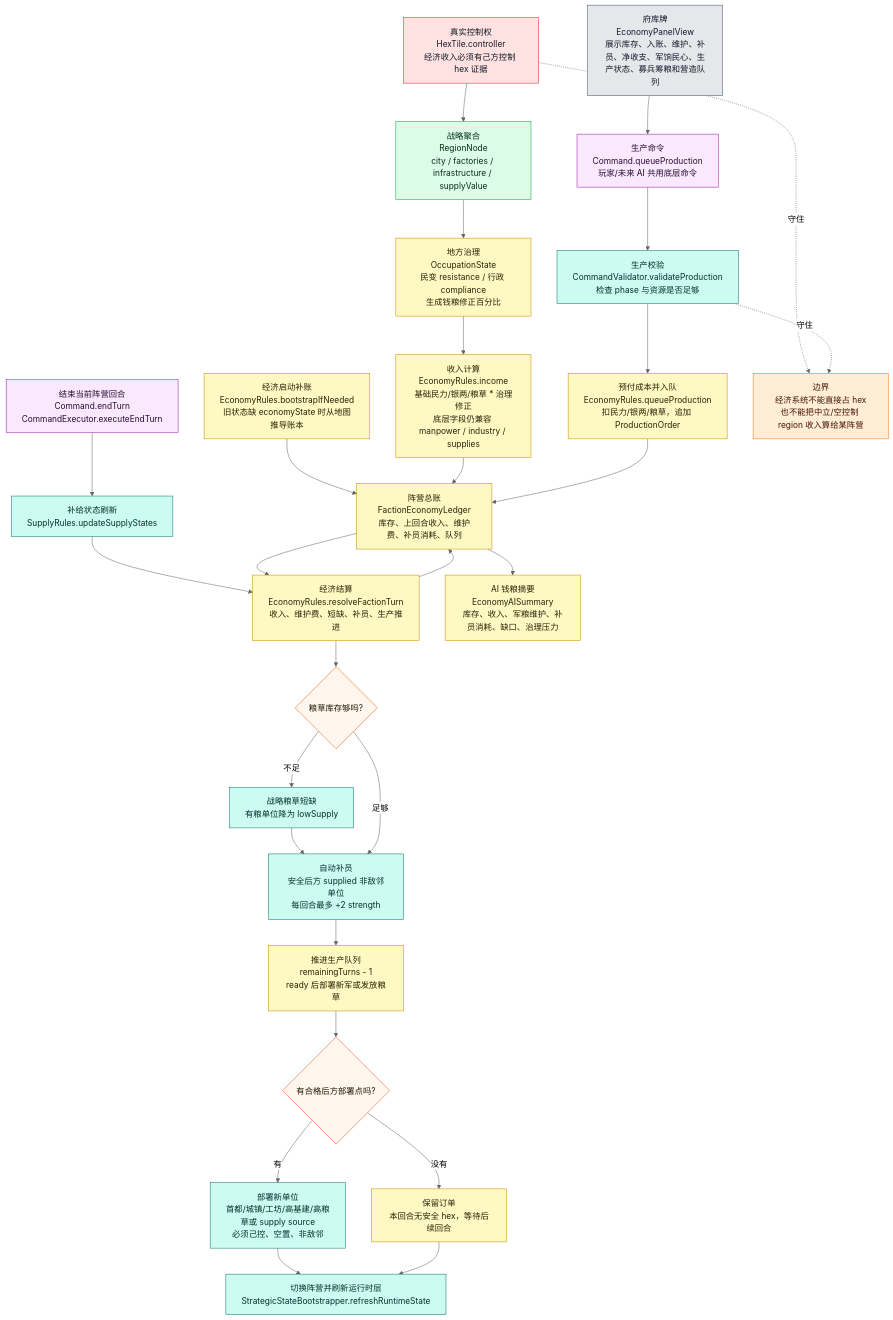
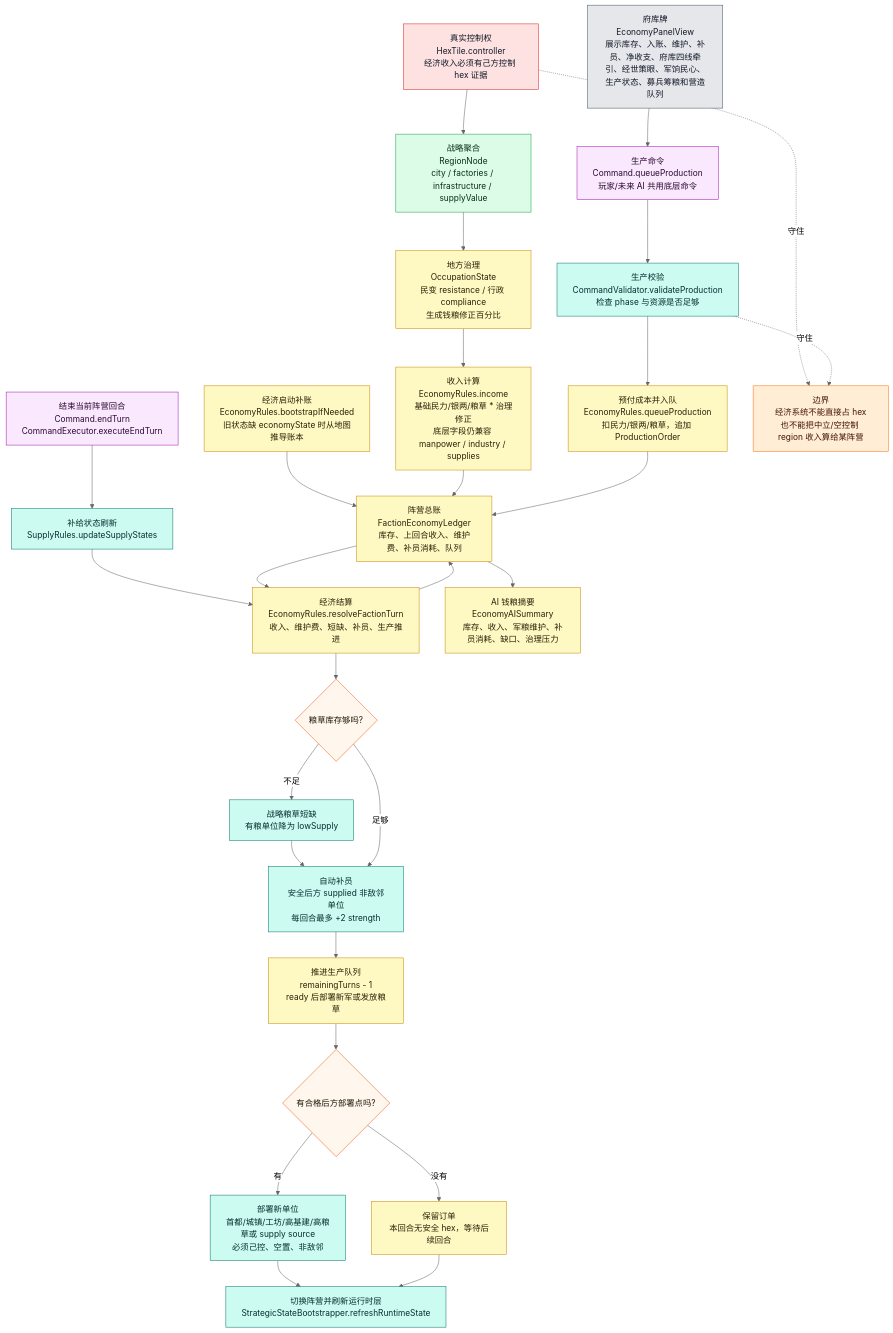
Before and after one commit to Altman-sam114/123: the fourth of 9 diagrams in md/flow/flowchart.md, drawn with Mermaid (neutral theme). The commit also changed other lines of this file and 6 other files, not shown here.

````diff
--- a/md/flow/flowchart.md
+++ b/md/flow/flowchart.md
@@ -284,54 +284,54 @@
 ```mermaid
 flowchart TD
     BOOT["经济启动补账<br/>EconomyRules.bootstrapIfNeeded<br/>旧状态缺 economyState 时从地图推导账本"]:::economy
     HEX["真实控制权<br/>HexTile.controller<br/>经济收入必须有己方控制 hex 证据"]:::authority
     REGION["战略聚合<br/>RegionNode<br/>city / factories / infrastructure / supplyValue"]:::derived
     GOV["地方治理<br/>OccupationState<br/>民变 resistance / 行政 compliance<br/>生成钱粮修正百分比"]:::economy
     INCOME["收入计算<br/>EconomyRules.income<br/>基础民力/银两/粮草 * 治理修正<br/>底层字段仍兼容 manpower / industry / supplies"]:::economy
     LEDGER["阵营总账<br/>FactionEconomyLedger<br/>库存、上回合收入、维护费、补员消耗、队列"]:::economy
 
-    UI["府库牌<br/>EconomyPanelView<br/>展示库存、入账、维护、补员、净收支、军饷民心、生产状态、募兵筹粮和营造队列"]:::ui
+    UI["府库牌<br/>EconomyPanelView<br/>展示库存、入账、维护、补员、净收支、府库四线牵引、经世策眼、军饷民心、生产状态、募兵筹粮和营造队列"]:::ui
     QUEUE["生产命令<br/>Command.queueProduction<br/>玩家/未来 AI 共用底层命令"]:::command
     VALIDATE["生产校验<br/>CommandValidator.validateProduction<br/>检查 phase 与资源是否足够"]:::rules
     PAY["预付成本并入队<br/>EconomyRules.queueProduction<br/>扣民力/银两/粮草，追加 ProductionOrder"]:::economy
 
     END["结束当前阵营回合<br/>Command.endTurn<br/>CommandExecutor.executeEndTurn"]:::command
     SUPPLY["补给状态刷新<br/>SupplyRules.updateSupplyStates"]:::rules
     RESOLVE["经济结算<br/>EconomyRules.resolveFactionTurn<br/>收入、维护费、短缺、补员、生产推进"]:::economy
     SHORT{"粮草库存够吗?"}:::decision
     LOW["战略粮草短缺<br/>有粮单位降为 lowSupply"]:::rules
     REINF["自动补员<br/>安全后方 supplied 非敌邻单位<br/>每回合最多 +2 strength"]:::rules
     PROD["推进生产队列<br/>remainingTurns - 1<br/>ready 后部署新军或发放粮草"]:::economy
     DEPLOY{"有合格后方部署点吗?"}:::decision
     SPAWN["部署新单位<br/>首都/城镇/工坊/高基建/高粮草或 supply source<br/>必须己控、空置、非敌邻"]:::rules
     WAIT["保留订单<br/>本回合无安全 hex，等待后续回合"]:::economy
     NEXT["切换阵营并刷新运行时层<br/>StrategicStateBootstrapper.refreshRuntimeState"]:::rules
 
     BOOT --> LEDGER
     HEX --> REGION --> GOV --> INCOME --> LEDGER
     UI --> QUEUE --> VALIDATE --> PAY --> LEDGER
     END --> SUPPLY --> RESOLVE
     LEDGER --> RESOLVE
     RESOLVE --> SHORT
     SHORT -->|不足| LOW --> REINF
     SHORT -->|足够| REINF
     REINF --> PROD --> DEPLOY
     DEPLOY -->|有| SPAWN --> NEXT
     DEPLOY -->|没有| WAIT --> NEXT
     RESOLVE --> LEDGER
 
     LEDGER --> AISUM["AI 钱粮摘要<br/>EconomyAISummary<br/>库存、收入、军粮维护、补员消耗、缺口、治理压力"]:::economy
 
     WARN["边界<br/>经济系统不能直接占 hex<br/>也不能把中立/空控制 region 收入算给某阵营"]:::warn
     HEX -.守住.-> WARN
     VALIDATE -.守住.-> WARN
 
     classDef authority fill:#fee2e2,stroke:#dc2626,color:#111827
     classDef derived fill:#dcfce7,stroke:#16a34a,color:#052e16
     classDef economy fill:#fef9c3,stroke:#ca8a04,color:#292107
     classDef command fill:#fae8ff,stroke:#a21caf,color:#2a0a2f
     classDef rules fill:#ccfbf1,stroke:#0f766e,color:#042f2e
     classDef decision fill:#fff7ed,stroke:#ea580c,color:#1f1300
     classDef ui fill:#e5e7eb,stroke:#4b5563,color:#111827
     classDef warn fill:#ffedd5,stroke:#f97316,color:#431407
 ```
````
